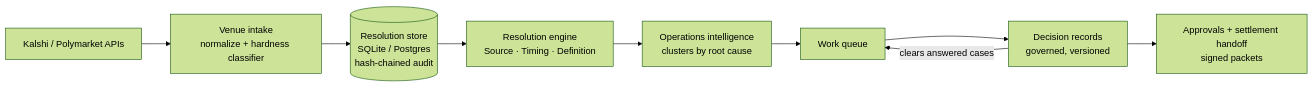
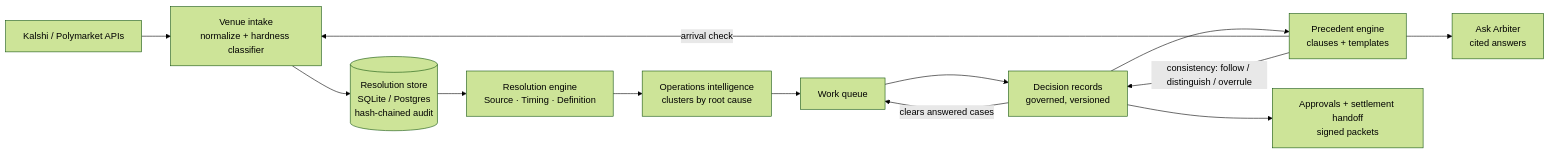
The diagram in README.md (ev-prawda92/arbiter), drawn with Mermaid (forest theme) before and after one commit. The commit also changed other lines of this file and 21 other files, not shown here.

First line of the commit message:
v0.39: precedent engine

````diff
--- a/README.md
+++ b/README.md
@@ -40,11 +48,15 @@
 ```mermaid
 flowchart LR
   V[Kalshi / Polymarket APIs] --> I[Venue intake<br/>normalize + hardness classifier]
   I --> S[(Resolution store<br/>SQLite / Postgres<br/>hash-chained audit)]
   S --> E[Resolution engine<br/>Source · Timing · Definition]
   E --> Q[Operations intelligence<br/>clusters by root cause]
   Q --> W[Work queue]
   W --> D[Decision records<br/>governed, versioned]
   D -->|clears answered cases| W
+  D --> P[Precedent engine<br/>clauses + templates]
+  P -->|arrival check| I
+  P -->|consistency: follow / distinguish / overrule| D
+  P --> K[Ask Arbiter<br/>cited answers]
   D --> A[Approvals + settlement handoff<br/>signed packets]
 ```
````
